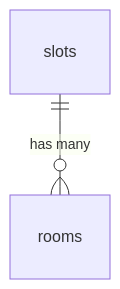
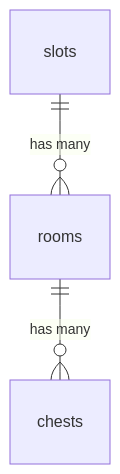
Before and after one commit to cliffordwilliam/secret-emotion: the diagram in db/db/erd/README.md, drawn with Mermaid.

Commit message:
docs: udpate mermaid

````diff
--- a/db/db/erd/README.md
+++ b/db/db/erd/README.md
@@ -5,5 +5,6 @@
 ```mermaid
 erDiagram
   %% SLOT MANAGEMENT
   slots ||--o{ rooms : "has many"
+  rooms ||--o{ chests : "has many"
 ```
````
